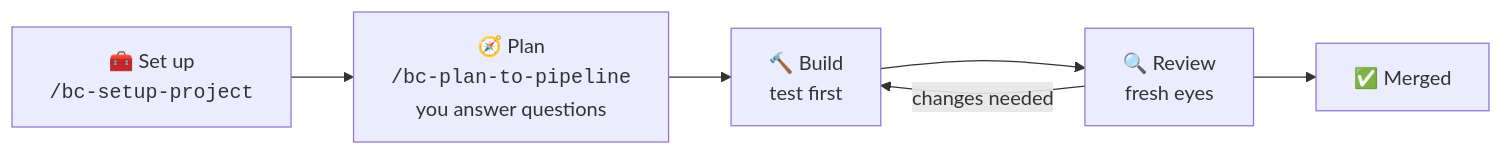
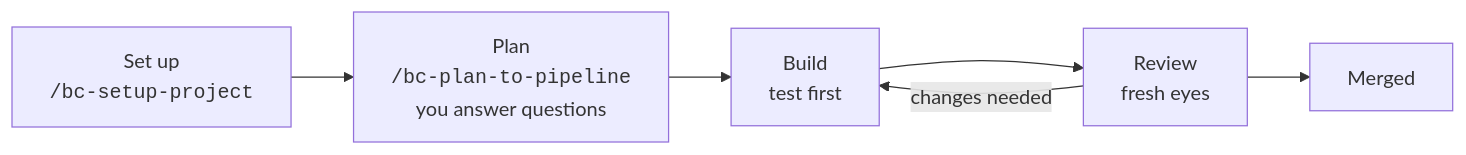
One commit to bendecastro/agent-concepts changed the diagram in README.md. Above: the diagram before and after it, drawn with Mermaid. The commit also changed other lines of this file and 1 other file, not shown here.

````diff
--- a/README.md
+++ b/README.md
@@ -104,8 +104,8 @@
 ```mermaid
 flowchart LR
-    A["🧰 Set up<br/><code>/bc-setup-project</code>"] --> B["🧭 Plan<br/><code>/bc-plan-to-pipeline</code><br/>you answer questions"]
-    B --> C["🔨 Build<br/>test first"]
-    C --> D["🔍 Review<br/>fresh eyes"]
-    D --> E["✅ Merged"]
+    A["Set up<br/><code>/bc-setup-project</code>"] --> B["Plan<br/><code>/bc-plan-to-pipeline</code><br/>you answer questions"]
+    B --> C["Build<br/>test first"]
+    C --> D["Review<br/>fresh eyes"]
+    D --> E["Merged"]
     D -- "changes needed" --> C
 ```
````
